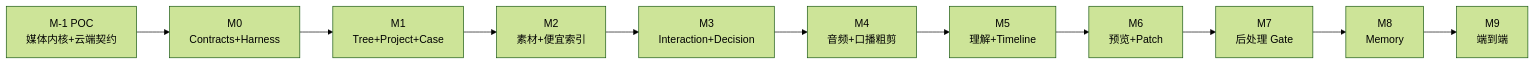
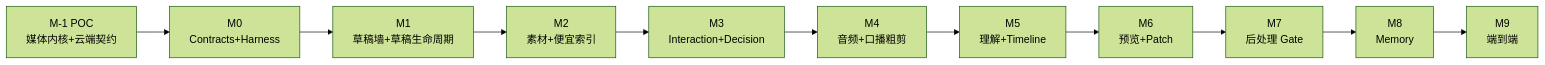
One commit to nanzhi84/Rushes changed diagram 23 of 23 in PRD.md. Above: the diagram before and after it, drawn with Mermaid (forest theme). The commit also changed other lines of this file and 185 other files, not shown here.

First line of the commit message:
单级草稿模型：Project/Case 合并为 Draft + API 扁平化 + 素材全局去重 (#45)

````diff
--- a/PRD.md
+++ b/PRD.md
@@ -1995,13 +1949,13 @@
 ```mermaid
 flowchart LR
   M1N["M-1 POC<br/>媒体内核+云端契约"] --> M0["M0<br/>Contracts+Harness"]
-  M0 --> M1["M1<br/>Tree+Project+Case"]
+  M0 --> M1["M1<br/>草稿墙+草稿生命周期"]
   M1 --> M2["M2<br/>素材+便宜索引"]
   M2 --> M3["M3<br/>Interaction+Decision"]
   M3 --> M4["M4<br/>音频+口播粗剪"]
   M4 --> M5["M5<br/>理解+Timeline"]
   M5 --> M6["M6<br/>预览+Patch"]
   M6 --> M7["M7<br/>后处理 Gate"]
   M7 --> M8["M8<br/>Memory"]
   M8 --> M9["M9<br/>端到端"]
 ```
````
